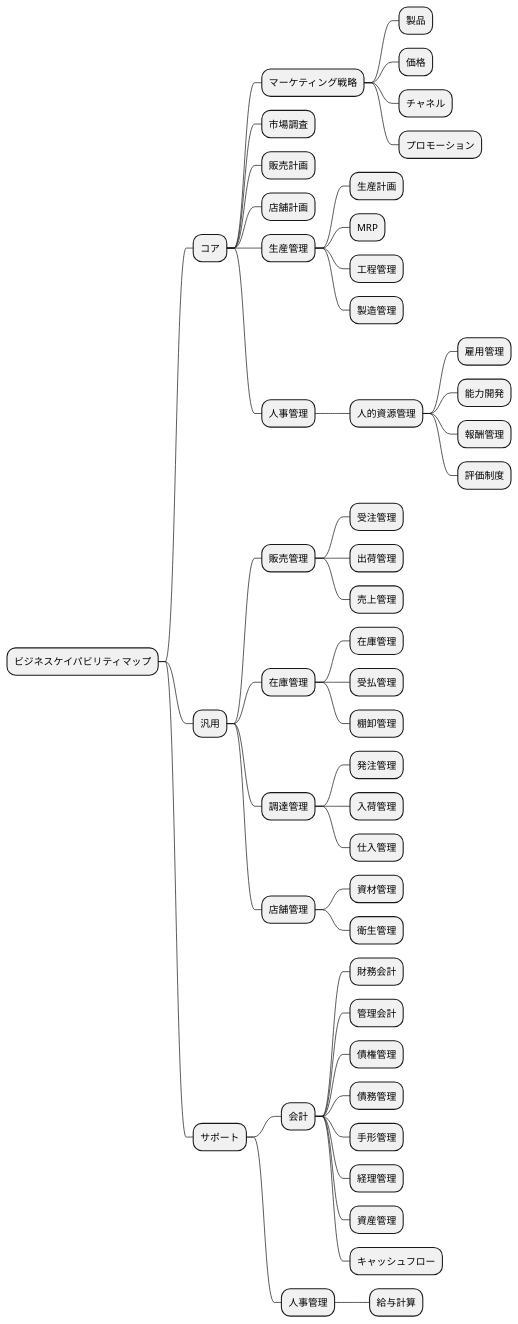
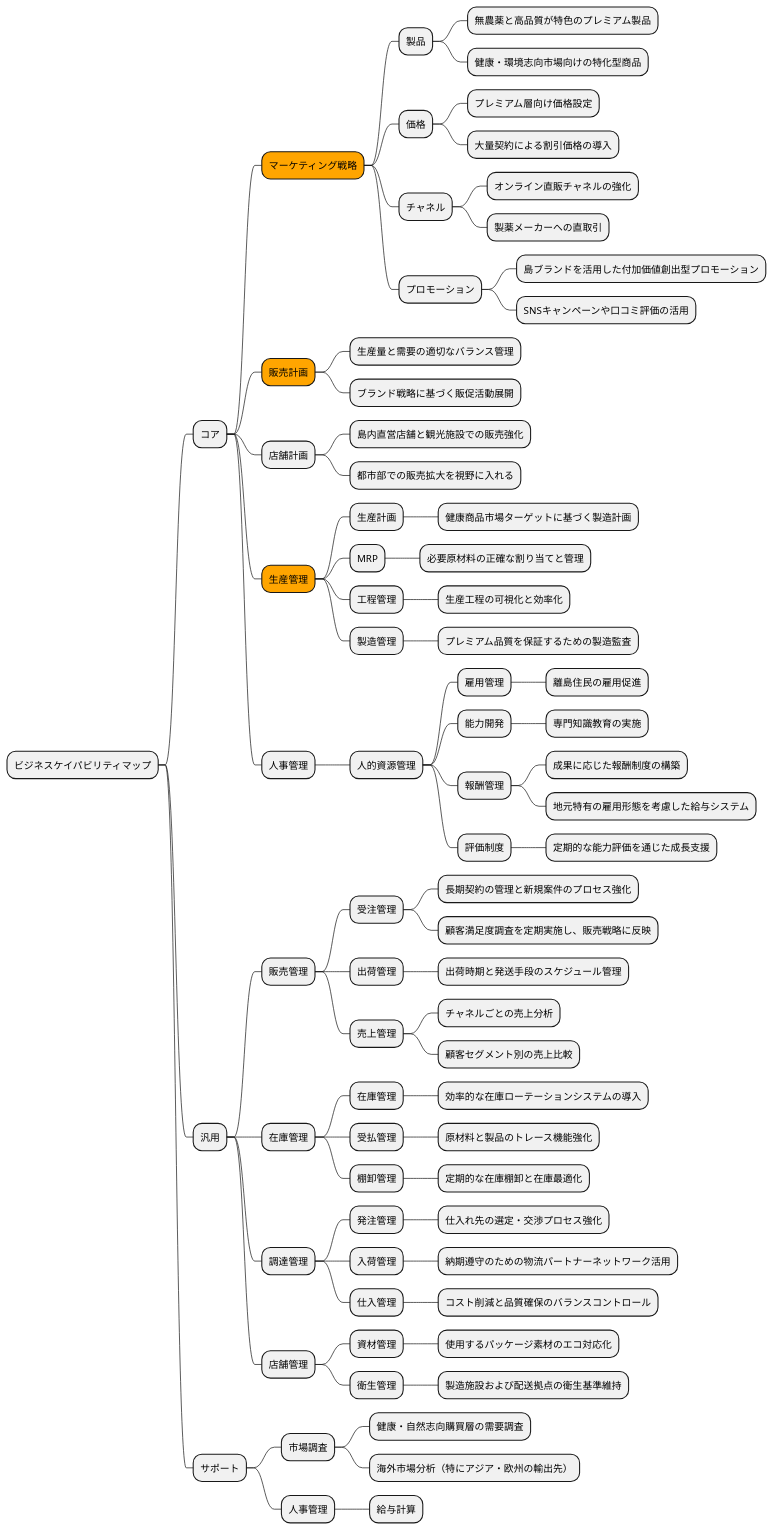
Before and after one commit to k2works/case-study-business-analysis: diagram 13 of 19 in docs/case/r02_case_2.adoc, drawn with PlantUML. The commit also changed other lines of this file, not shown here.

```diff
--- a/docs/case/r02_case_2.adoc
+++ b/docs/case/r02_case_2.adoc
@@ -601,56 +706,83 @@
 [plantuml]
 ----
 @startmindmap
 
 * ビジネスケイパビリティマップ
 ** コア
-*** マーケティング戦略
+***[#orange] マーケティング戦略
 **** 製品
+***** 無農薬と高品質が特色のプレミアム製品
+***** 健康・環境志向市場向けの特化型商品
 **** 価格
+***** プレミアム層向け価格設定
+***** 大量契約による割引価格の導入
 **** チャネル
+***** オンライン直販チャネルの強化
+***** 製薬メーカーへの直取引
 **** プロモーション
-*** 市場調査
-*** 販売計画
+***** 島ブランドを活用した付加価値創出型プロモーション
+***** SNSキャンペーンや口コミ評価の活用
+***[#orange] 販売計画
+**** 生産量と需要の適切なバランス管理
+**** ブランド戦略に基づく販促活動展開
 *** 店舗計画
-*** 生産管理
+**** 島内直営店舗と観光施設での販売強化
+**** 都市部での販売拡大を視野に入れる
+***[#orange] 生産管理
 **** 生産計画
+***** 健康商品市場ターゲットに基づく製造計画
 **** MRP
+***** 必要原材料の正確な割り当てと管理
 **** 工程管理
+***** 生産工程の可視化と効率化
 **** 製造管理
+***** プレミアム品質を保証するための製造監査
 *** 人事管理
 **** 人的資源管理
 ***** 雇用管理
+****** 離島住民の雇用促進
 ***** 能力開発
+****** 専門知識教育の実施
 ***** 報酬管理
+****** 成果に応じた報酬制度の構築
+****** 地元特有の雇用形態を考慮した給与システム
 ***** 評価制度
+****** 定期的な能力評価を通じた成長支援
 ** 汎用
 *** 販売管理
 **** 受注管理
+***** 長期契約の管理と新規案件のプロセス強化
+***** 顧客満足度調査を定期実施し、販売戦略に反映
 **** 出荷管理
+***** 出荷時期と発送手段のスケジュール管理
 **** 売上管理
+***** チャネルごとの売上分析
+***** 顧客セグメント別の売上比較
 *** 在庫管理
 **** 在庫管理
+***** 効率的な在庫ローテーションシステムの導入
 **** 受払管理
+***** 原材料と製品のトレース機能強化
 **** 棚卸管理
+***** 定期的な在庫棚卸と在庫最適化
 *** 調達管理
 **** 発注管理
+***** 仕入れ先の選定・交渉プロセス強化
 **** 入荷管理
+***** 納期遵守のための物流パートナーネットワーク活用
 **** 仕入管理
+***** コスト削減と品質確保のバランスコントロール
 *** 店舗管理
 **** 資材管理
+***** 使用するパッケージ素材のエコ対応化
 **** 衛生管理
+***** 製造施設および配送拠点の衛生基準維持
 ** サポート
-*** 会計
-**** 財務会計
-**** 管理会計
-**** 債権管理
-**** 債務管理
-**** 手形管理
-**** 経理管理
-**** 資産管理
-**** キャッシュフロー
+*** 市場調査
+**** 健康・自然志向購買層の需要調査
+**** 海外市場分析（特にアジア・欧州の輸出先）
 *** 人事管理
 **** 給与計算
 
 @endmindmap
 ----
```
